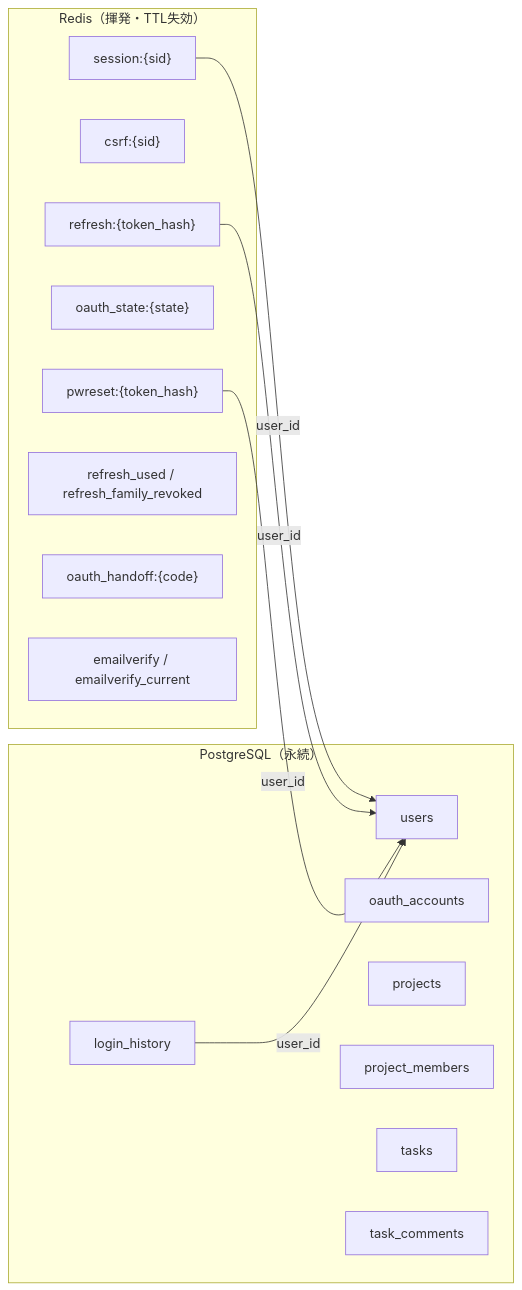
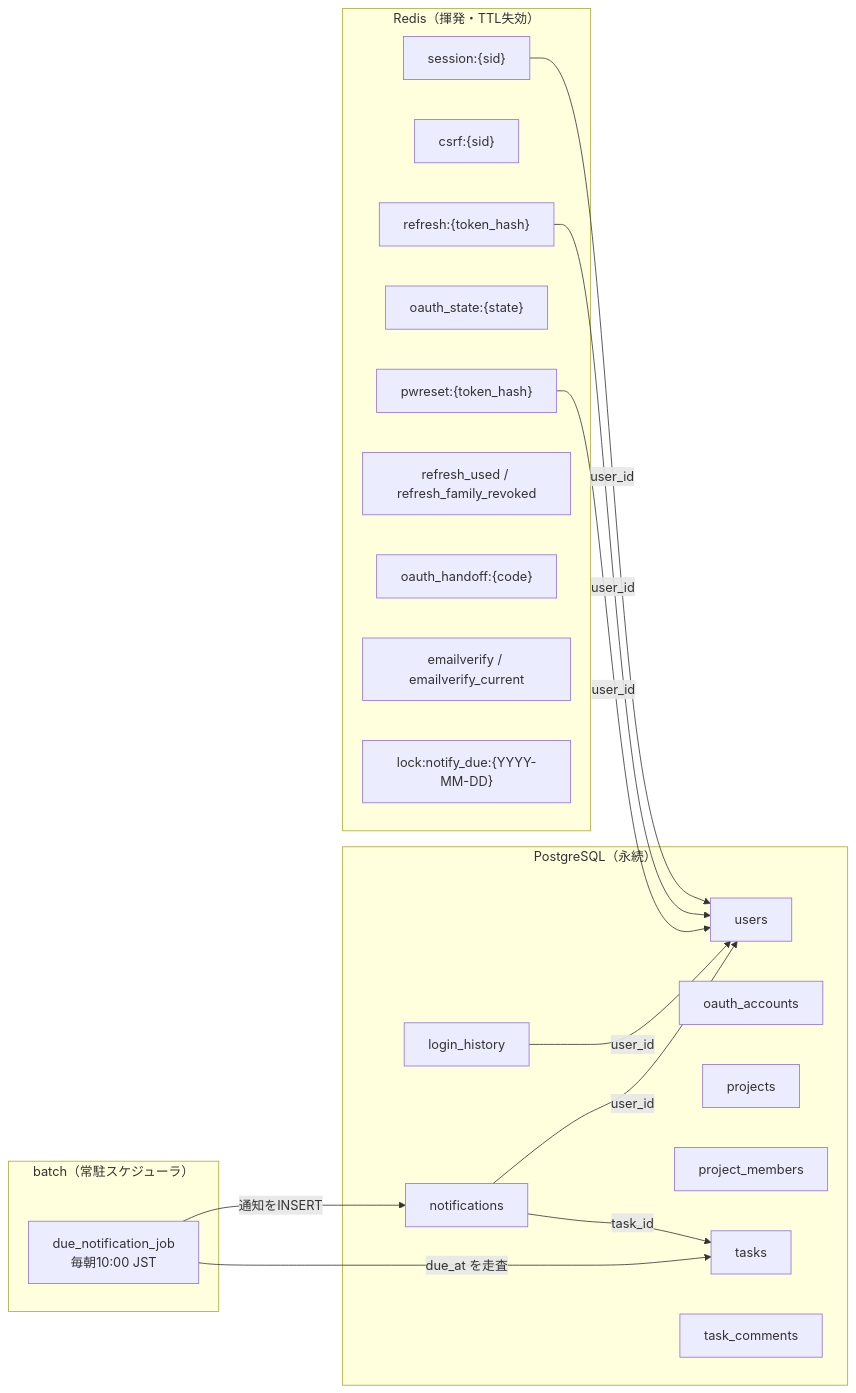
One commit to oikawa-d/task_management changed the seventh of 7 diagrams in basic_design/00_overview.md. Above: the diagram before and after it, drawn with Mermaid. The commit also changed other lines of this file and 6 other files, not shown here.

````diff
--- a/basic_design/00_overview.md
+++ b/basic_design/00_overview.md
@@ -261,28 +281,38 @@
 ```mermaid
 flowchart LR
     subgraph redis["Redis（揮発・TTL失効）"]
         S1["session:{sid}"]
         S2["csrf:{sid}"]
         S3["refresh:{token_hash}"]
         S4["oauth_state:{state}"]
         S5["pwreset:{token_hash}"]
         S6["refresh_used / refresh_family_revoked"]
         S7["oauth_handoff:{code}"]
         S8["emailverify / emailverify_current"]
+        S9["lock:notify_due:{YYYY-MM-DD}"]
+    end
+
+    subgraph batch["batch（常駐スケジューラ）"]
+        B1["due_notification_job<br/>毎朝10:00 JST"]
     end
 
     subgraph pg["PostgreSQL（永続）"]
         T1["users"]
         T2["oauth_accounts"]
         T3["projects"]
         T4["project_members"]
         T5["tasks"]
         T6["task_comments"]
         T7["login_history"]
+        T8["notifications"]
     end
 
     S1 -->|user_id| T1
     S3 -->|user_id| T1
     S5 -->|user_id| T1
     T7 -->|user_id| T1
+    T8 -->|user_id| T1
+    T8 -->|task_id| T5
+    B1 -->|"due_at を走査"| T5
+    B1 -->|"通知をINSERT"| T8
 ```
````
